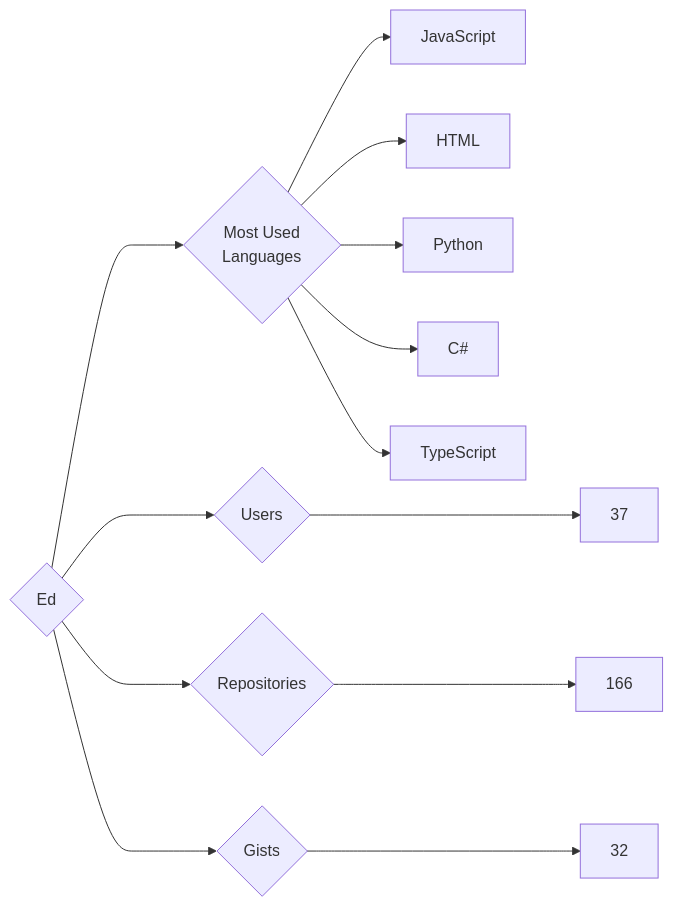
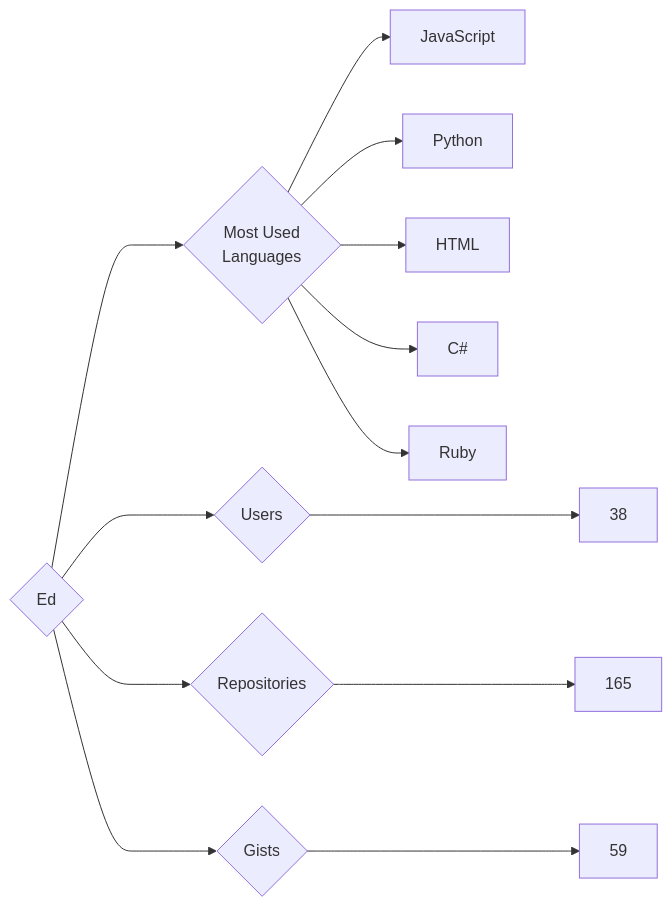
Before and after one commit to trickest/insiders: the diagram in targets/Ed/README.md, drawn with Mermaid. The commit also changed 773 other files, not shown here.

````diff
--- a/targets/Ed/README.md
+++ b/targets/Ed/README.md
@@ -3,13 +3,13 @@
 ```mermaid
 graph LR
 COMPANY_NAME{Ed}
-COMPANY_NAME ---> U{Users} ---> UN[37]
-COMPANY_NAME ---> R{Repositories} ---> RN[166]
-COMPANY_NAME ---> G{Gists} ---> GN[32]
+COMPANY_NAME ---> U{Users} ---> UN[38]
+COMPANY_NAME ---> R{Repositories} ---> RN[165]
+COMPANY_NAME ---> G{Gists} ---> GN[59]
 COMPANY_NAME ---> ML{Most Used<br>Languages}
 ML --> JavaScript[JavaScript]
+ML --> Python[Python]
 ML --> HTML[HTML]
-ML --> Python[Python]
 ML --> C#[C#]
-ML --> TypeScript[TypeScript]
+ML --> Ruby[Ruby]
 ```
````
